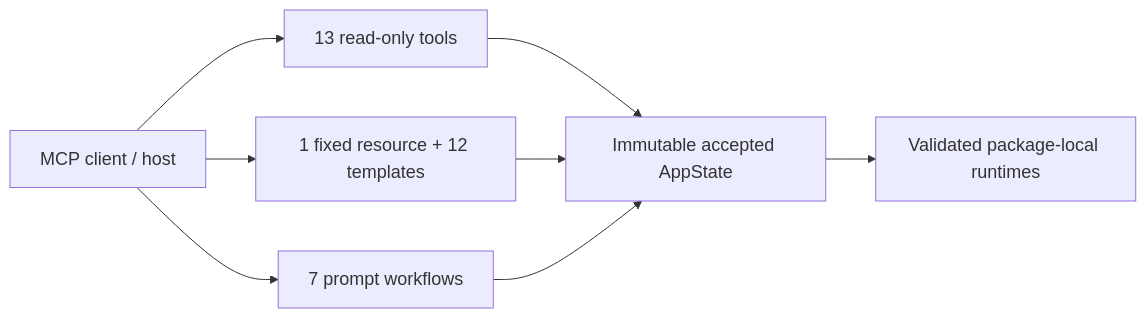
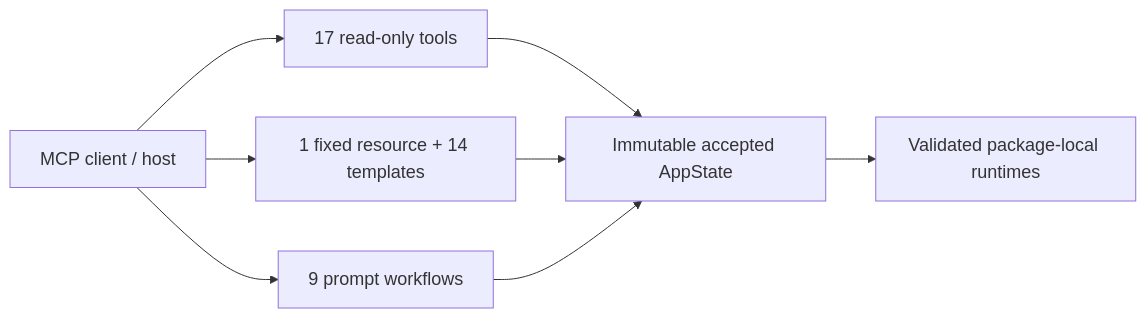
Before and after one commit to IDinsight/KGForEdGlobalMCP: the diagram in docs/reference/index.md, drawn with Mermaid. The commit also changed other lines of this file and 44 other files, not shown here.

````diff
--- a/docs/reference/index.md
+++ b/docs/reference/index.md
@@ -22,11 +22,11 @@
 ```mermaid
 %%{init: {"themeVariables": {"fontSize": "18px"}}}%%
 flowchart LR
-    CLIENT[MCP client / host] --> TOOLS[13 read-only tools]
-    CLIENT --> RES[1 fixed resource + 12 templates]
-    CLIENT --> PROMPTS[7 prompt workflows]
+    CLIENT[MCP client / host] --> TOOLS[17 read-only tools]
+    CLIENT --> RES[1 fixed resource + 14 templates]
+    CLIENT --> PROMPTS[9 prompt workflows]
     TOOLS --> STATE[Immutable accepted AppState]
     RES --> STATE
     PROMPTS --> STATE
     STATE --> PKG[Validated package-local runtimes]
 ```
````
